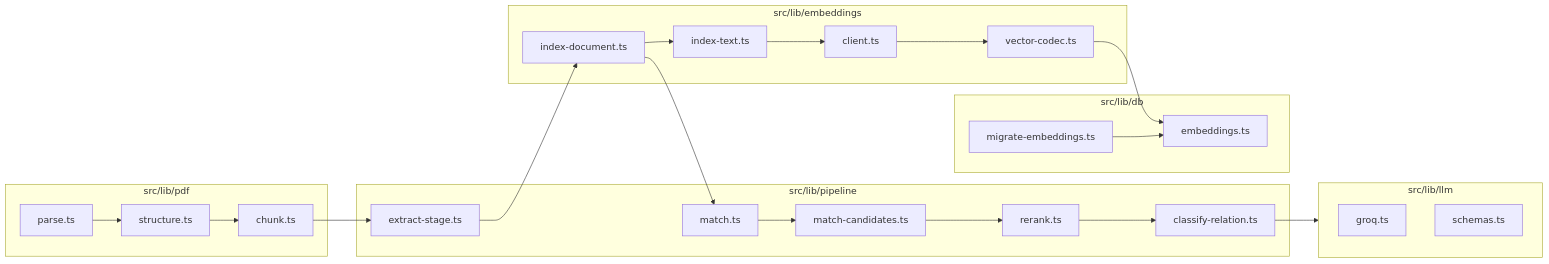
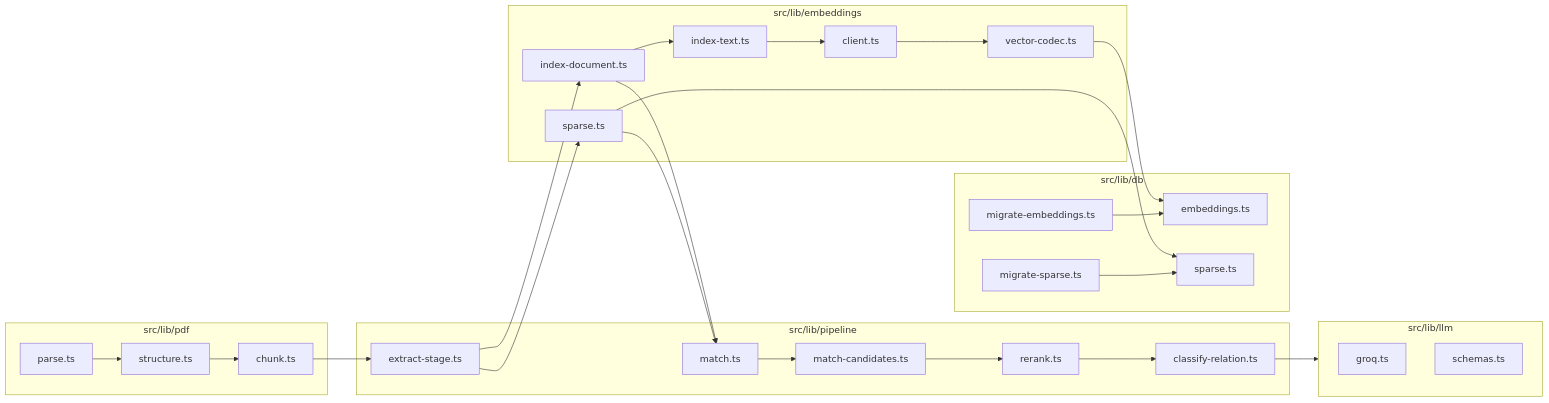
The tenth of 10 diagrams in docs/RAG_ARCHITECTURE.md (PrasannaPal21/superjoin-assignement), drawn with Mermaid before and after one commit. The commit also changed other lines of this file and 8 other files, not shown here.

````diff
--- a/docs/RAG_ARCHITECTURE.md
+++ b/docs/RAG_ARCHITECTURE.md
@@ -409,38 +409,45 @@
 ```mermaid
 flowchart LR
   subgraph pdf [src/lib/pdf]
     parse[parse.ts]
     structure[structure.ts]
     chunk[chunk.ts]
   end
   subgraph pipe [src/lib/pipeline]
     extract[extract-stage.ts]
     candidates[match-candidates.ts]
     rerank[rerank.ts]
     classify[classify-relation.ts]
     match[match.ts]
   end
   subgraph emb [src/lib/embeddings]
     indexText[index-text.ts]
     client[client.ts]
     codec[vector-codec.ts]
     indexDoc[index-document.ts]
+    sparse[sparse.ts]
   end
   subgraph dbemb [src/lib/db]
     migrateEmb[migrate-embeddings.ts]
     embCrud[embeddings.ts]
+    migrateSparse[migrate-sparse.ts]
+    sparseCrud[sparse.ts]
   end
   subgraph llm [src/lib/llm]
     groq[groq.ts]
     schemas[schemas.ts]
   end
 
   parse --> structure --> chunk --> extract
   extract --> indexDoc
   indexDoc --> indexText --> client
   client --> codec --> embCrud
   migrateEmb --> embCrud
+  extract --> sparse
+  sparse --> sparseCrud
+  migrateSparse --> sparseCrud
   indexDoc --> match
+  sparse --> match
   match --> candidates --> rerank --> classify
   classify --> llm
 ```
````
